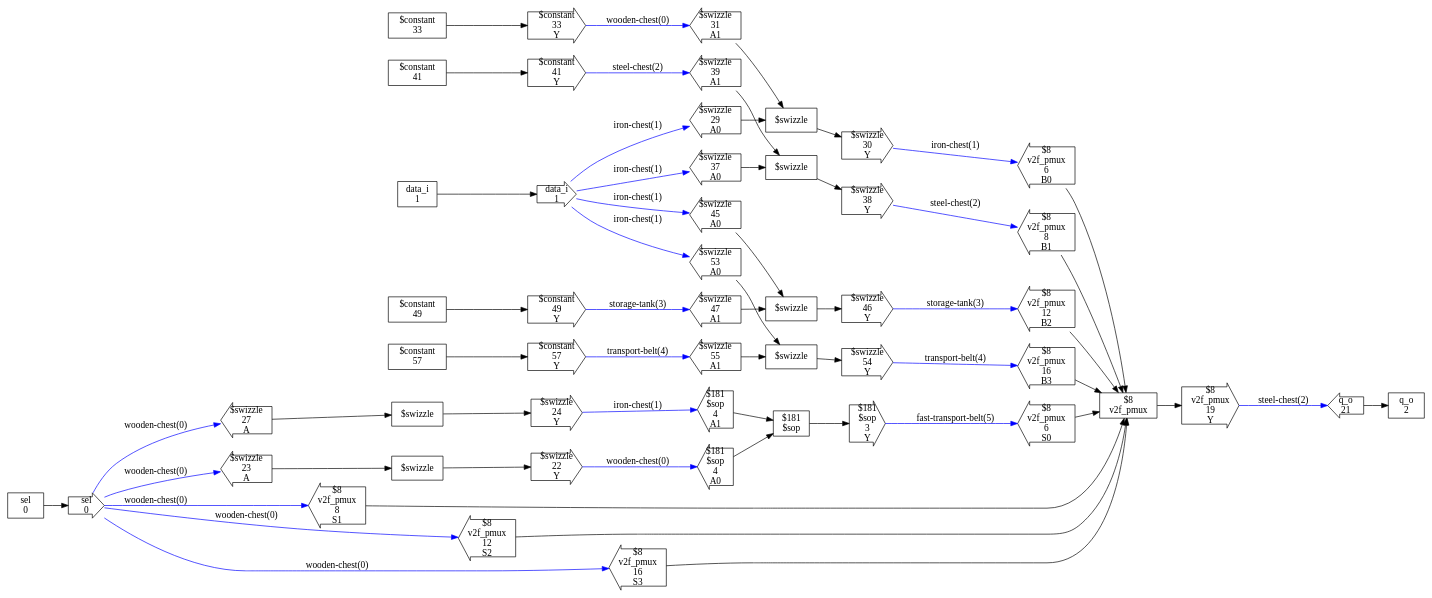
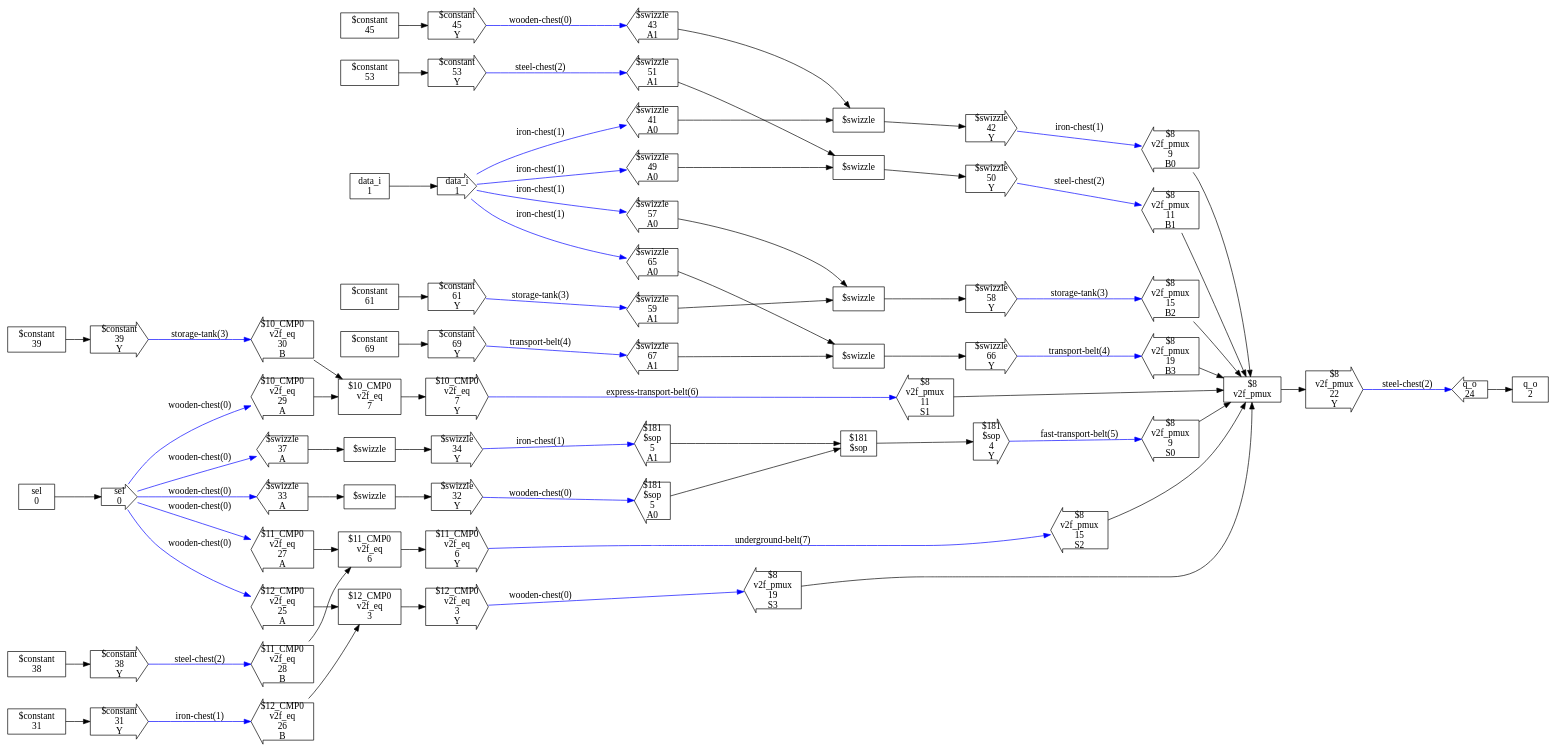
One commit to ben-j-c/verilog2factorio changed the diagram in test_designs/swizzle_pmux/checked_design.dot. Above: the diagram before and after it, drawn with Graphviz. The commit also changed 55 other files, not shown here.

```diff
--- a/test_designs/swizzle_pmux/checked_design.dot
+++ b/test_designs/swizzle_pmux/checked_design.dot
@@ -6,8 +6,17 @@
 1"]
   n2[shape=box,label="q_o
 2"]
+  n3[shape=box,label="$12_CMP0
+v2f_eq
+3"]
   n4[shape=box,label="$181
 $sop"]
+  n5[shape=box,label="$11_CMP0
+v2f_eq
+6"]
+  n6[shape=box,label="$10_CMP0
+v2f_eq
+7"]
   n7[shape=box,label="$8
 v2f_pmux"]
   n8[shape=rarrow,label="sel
@@ -15,146 +24,209 @@
   n9[shape=rarrow,label="data_i
 1"]
   n10[shape=larrow,label="q_o
-21"]
+24"]
+  n11[shape=larrow,label="$12_CMP0
+v2f_eq
+25
+A"]
+  n12[shape=larrow,label="$12_CMP0
+v2f_eq
+26
+B"]
+  n13[shape=rarrow,label="$12_CMP0
+v2f_eq
+3
+Y"]
   n14[shape=larrow,label="$181
 $sop
-4
+5
 A0"]
   n15[shape=larrow,label="$181
 $sop
-4
+5
 A1"]
   n16[shape=rarrow,label="$181
 $sop
-3
+4
+Y"]
+  n17[shape=larrow,label="$11_CMP0
+v2f_eq
+27
+A"]
+  n18[shape=larrow,label="$11_CMP0
+v2f_eq
+28
+B"]
+  n19[shape=rarrow,label="$11_CMP0
+v2f_eq
+6
+Y"]
+  n20[shape=larrow,label="$10_CMP0
+v2f_eq
+29
+A"]
+  n21[shape=larrow,label="$10_CMP0
+v2f_eq
+30
+B"]
+  n22[shape=rarrow,label="$10_CMP0
+v2f_eq
+7
 Y"]
   n23[shape=larrow,label="$8
 v2f_pmux
-6
+9
 B0"]
   n24[shape=larrow,label="$8
 v2f_pmux
-8
+11
 B1"]
   n25[shape=larrow,label="$8
 v2f_pmux
-12
+15
 B2"]
   n26[shape=larrow,label="$8
 v2f_pmux
-16
+19
 B3"]
   n27[shape=larrow,label="$8
 v2f_pmux
-6
+9
 S0"]
   n28[shape=larrow,label="$8
 v2f_pmux
-8
+11
 S1"]
   n29[shape=larrow,label="$8
 v2f_pmux
-12
+15
 S2"]
   n30[shape=larrow,label="$8
 v2f_pmux
-16
+19
 S3"]
   n31[shape=rarrow,label="$8
 v2f_pmux
-19
+22
+Y"]
+  n32[shape=box,label="$constant
+31"]
+  n33[shape=rarrow,label="$constant
+31
 Y"]
   n34[shape=box,label="$swizzle"]
   n35[shape=rarrow,label="$swizzle
-22
+32
 Y"]
   n36[shape=larrow,label="$swizzle
-23
+33
 A"]
   n37[shape=box,label="$swizzle"]
   n38[shape=rarrow,label="$swizzle
-24
+34
 Y"]
   n39[shape=larrow,label="$swizzle
-27
+37
 A"]
+  n40[shape=box,label="$constant
+38"]
+  n41[shape=rarrow,label="$constant
+38
+Y"]
+  n42[shape=box,label="$constant
+39"]
+  n43[shape=rarrow,label="$constant
+39
+Y"]
   n44[shape=box,label="$swizzle"]
   n45[shape=rarrow,label="$swizzle
-30
+42
 Y"]
   n46[shape=larrow,label="$swizzle
-29
+41
 A0"]
   n47[shape=larrow,label="$swizzle
-31
+43
 A1"]
   n48[shape=box,label="$constant
-33"]
+45"]
   n49[shape=rarrow,label="$constant
-33
+45
 Y"]
   n50[shape=box,label="$swizzle"]
   n51[shape=rarrow,label="$swizzle
-38
+50
 Y"]
   n52[shape=larrow,label="$swizzle
-37
+49
 A0"]
   n53[shape=larrow,label="$swizzle
-39
+51
 A1"]
   n54[shape=box,label="$constant
-41"]
+53"]
   n55[shape=rarrow,label="$constant
-41
+53
 Y"]
   n56[shape=box,label="$swizzle"]
   n57[shape=rarrow,label="$swizzle
-46
+58
 Y"]
   n58[shape=larrow,label="$swizzle
-45
+57
 A0"]
   n59[shape=larrow,label="$swizzle
-47
+59
 A1"]
   n60[shape=box,label="$constant
-49"]
+61"]
   n61[shape=rarrow,label="$constant
-49
+61
 Y"]
   n62[shape=box,label="$swizzle"]
   n63[shape=rarrow,label="$swizzle
-54
+66
 Y"]
   n64[shape=larrow,label="$swizzle
-53
+65
 A0"]
   n65[shape=larrow,label="$swizzle
-55
+67
 A1"]
   n66[shape=box,label="$constant
-57"]
+69"]
   n67[shape=rarrow,label="$constant
-57
+69
 Y"]
   n0 -> n8
   n1 -> n9
+  n3 -> n13
   n4 -> n16
+  n5 -> n19
+  n6 -> n22
   n7 -> n31
+  n8 -> n11 [label="wooden-chest(0)",syle=bold,color=blue]
+  n8 -> n17 [label="wooden-chest(0)",syle=bold,color=blue]
+  n8 -> n20 [label="wooden-chest(0)",syle=bold,color=blue]
   n8 -> n36 [label="wooden-chest(0)",syle=bold,color=blue]
   n8 -> n39 [label="wooden-chest(0)",syle=bold,color=blue]
-  n8 -> n28 [label="wooden-chest(0)",syle=bold,color=blue]
-  n8 -> n29 [label="wooden-chest(0)",syle=bold,color=blue]
-  n8 -> n30 [label="wooden-chest(0)",syle=bold,color=blue]
   n9 -> n46 [label="iron-chest(1)",syle=bold,color=blue]
   n9 -> n52 [label="iron-chest(1)",syle=bold,color=blue]
   n9 -> n58 [label="iron-chest(1)",syle=bold,color=blue]
   n9 -> n64 [label="iron-chest(1)",syle=bold,color=blue]
   n10 -> n2
+  n11 -> n3
+  n12 -> n3
+  n13 -> n30 [label="wooden-chest(0)",syle=bold,color=blue]
   n14 -> n4
   n15 -> n4
   n16 -> n27 [label="fast-transport-belt(5)",syle=bold,color=blue]
+  n17 -> n5
+  n18 -> n5
+  n19 -> n29 [label="underground-belt(7)",syle=bold,color=blue]
+  n20 -> n6
+  n21 -> n6
+  n22 -> n28 [label="express-transport-belt(6)",syle=bold,color=blue]
   n23 -> n7
   n24 -> n7
   n25 -> n7
@@ -164,12 +236,18 @@
   n29 -> n7
   n30 -> n7
   n31 -> n10 [label="steel-chest(2)",syle=bold,color=blue]
+  n32 -> n33
+  n33 -> n12 [label="iron-chest(1)",syle=bold,color=blue]
   n34 -> n35
   n35 -> n14 [label="wooden-chest(0)",syle=bold,color=blue]
   n36 -> n34
   n37 -> n38
   n38 -> n15 [label="iron-chest(1)",syle=bold,color=blue]
   n39 -> n37
+  n40 -> n41
+  n41 -> n18 [label="steel-chest(2)",syle=bold,color=blue]
+  n42 -> n43
+  n43 -> n21 [label="storage-tank(3)",syle=bold,color=blue]
   n44 -> n45
   n45 -> n23 [label="iron-chest(1)",syle=bold,color=blue]
   n46 -> n44
```
